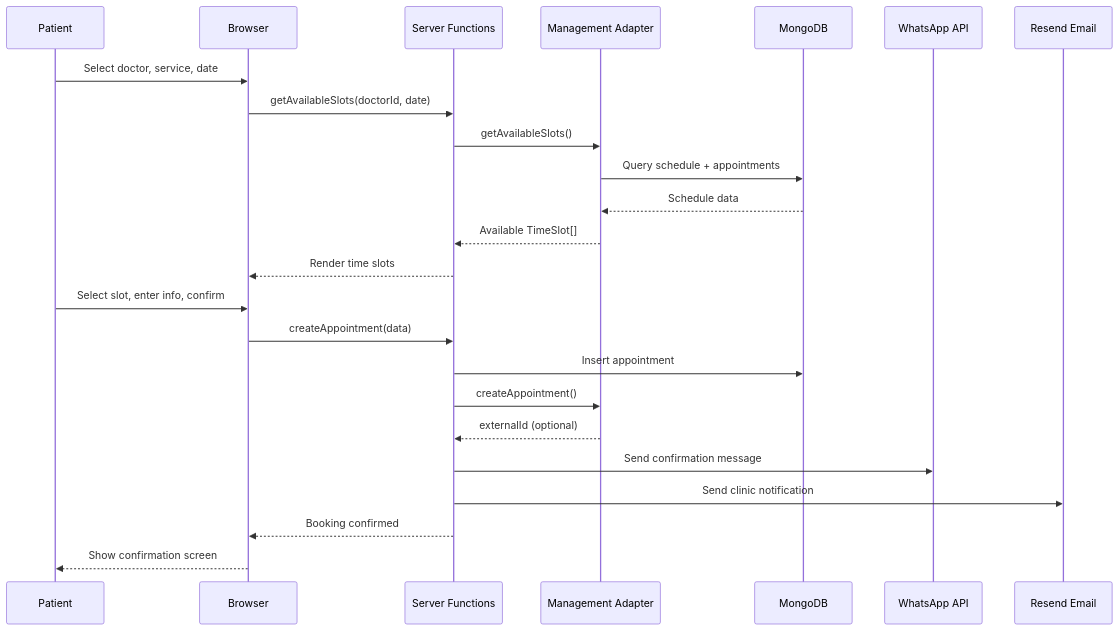
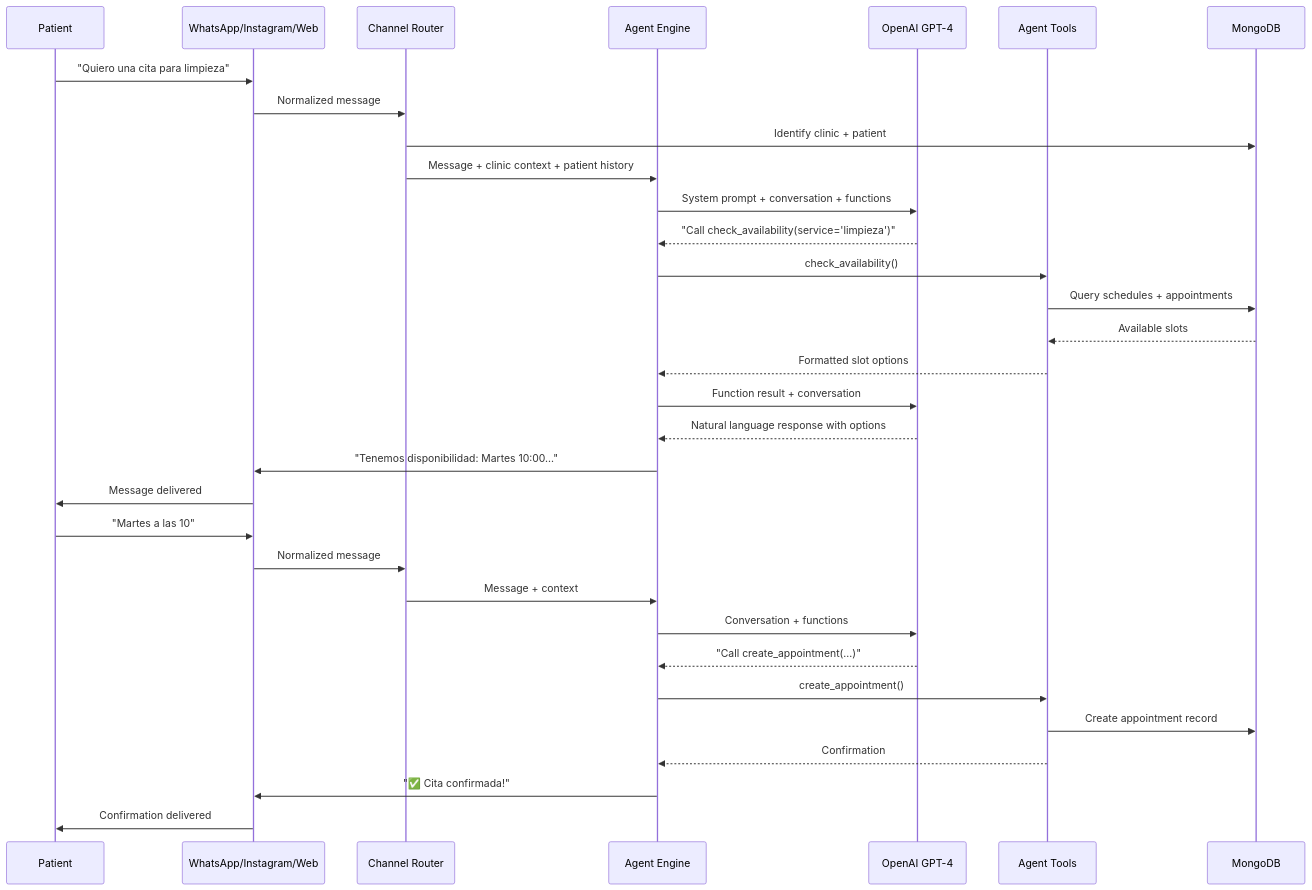
One commit to YerayMnopi/denty changed the second of 2 diagrams in PRD.md. Above: the diagram before and after it, drawn with Mermaid. The commit also changed other lines of this file and 2 other files, not shown here.

First line of the commit message:
docs: pivot vision to AI agent for dental clinics

````diff
--- a/PRD.md
+++ b/PRD.md
@@ -383,28 +428,36 @@
 ```mermaid
 sequenceDiagram
     participant Patient
-    participant Browser
-    participant ServerFn as Server Functions
-    participant Adapter as Management Adapter
+    participant Channel as WhatsApp/Instagram/Web
+    participant Router as Channel Router
+    participant Agent as Agent Engine
+    participant LLM as OpenAI GPT-4
+    participant Tools as Agent Tools
     participant DB as MongoDB
-    participant WA as WhatsApp API
-    participant EM as Resend Email
 
-    Patient->>Browser: Select doctor, service, date
-    Browser->>ServerFn: getAvailableSlots(doctorId, date)
-    ServerFn->>Adapter: getAvailableSlots()
-    Adapter->>DB: Query schedule + appointments
-    DB-->>Adapter: Schedule data
-    Adapter-->>ServerFn: Available TimeSlot[]
-    ServerFn-->>Browser: Render time slots
+    Patient->>Channel: "Quiero una cita para limpieza"
+    Channel->>Router: Normalized message
+    Router->>DB: Identify clinic + patient
+    Router->>Agent: Message + clinic context + patient history
+    Agent->>LLM: System prompt + conversation + functions
+    LLM-->>Agent: "Call check_availability(service='limpieza')"
+    Agent->>Tools: check_availability()
+    Tools->>DB: Query schedules + appointments
+    DB-->>Tools: Available slots
+    Tools-->>Agent: Formatted slot options
+    Agent->>LLM: Function result + conversation
+    LLM-->>Agent: Natural language response with options
+    Agent->>Channel: "Tenemos disponibilidad: Martes 10:00..."
+    Channel->>Patient: Message delivered
 
-    Patient->>Browser: Select slot, enter info, confirm
-    Browser->>ServerFn: createAppointment(data)
-    ServerFn->>DB: Insert appointment
-    ServerFn->>Adapter: createAppointment()
-    Adapter-->>ServerFn: externalId (optional)
-    ServerFn->>WA: Send confirmation message
-    ServerFn->>EM: Send clinic notification
-    ServerFn-->>Browser: Booking confirmed
-    Browser-->>Patient: Show confirmation screen
+    Patient->>Channel: "Martes a las 10"
+    Channel->>Router: Normalized message
+    Router->>Agent: Message + context
+    Agent->>LLM: Conversation + functions
+    LLM-->>Agent: "Call create_appointment(...)"
+    Agent->>Tools: create_appointment()
+    Tools->>DB: Create appointment record
+    Tools-->>Agent: Confirmation
+    Agent->>Channel: "✅ Cita confirmada!"
+    Channel->>Patient: Confirmation delivered
 ```
````
